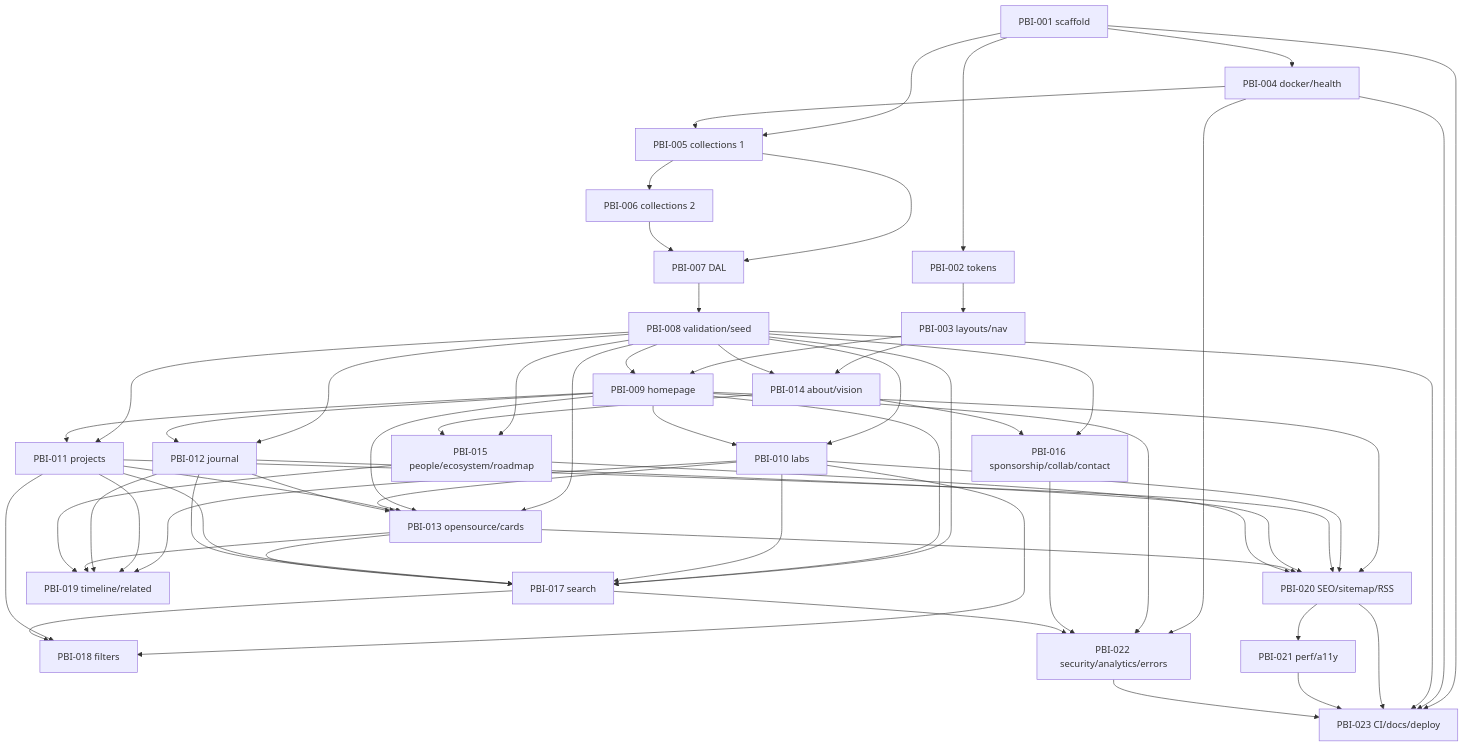
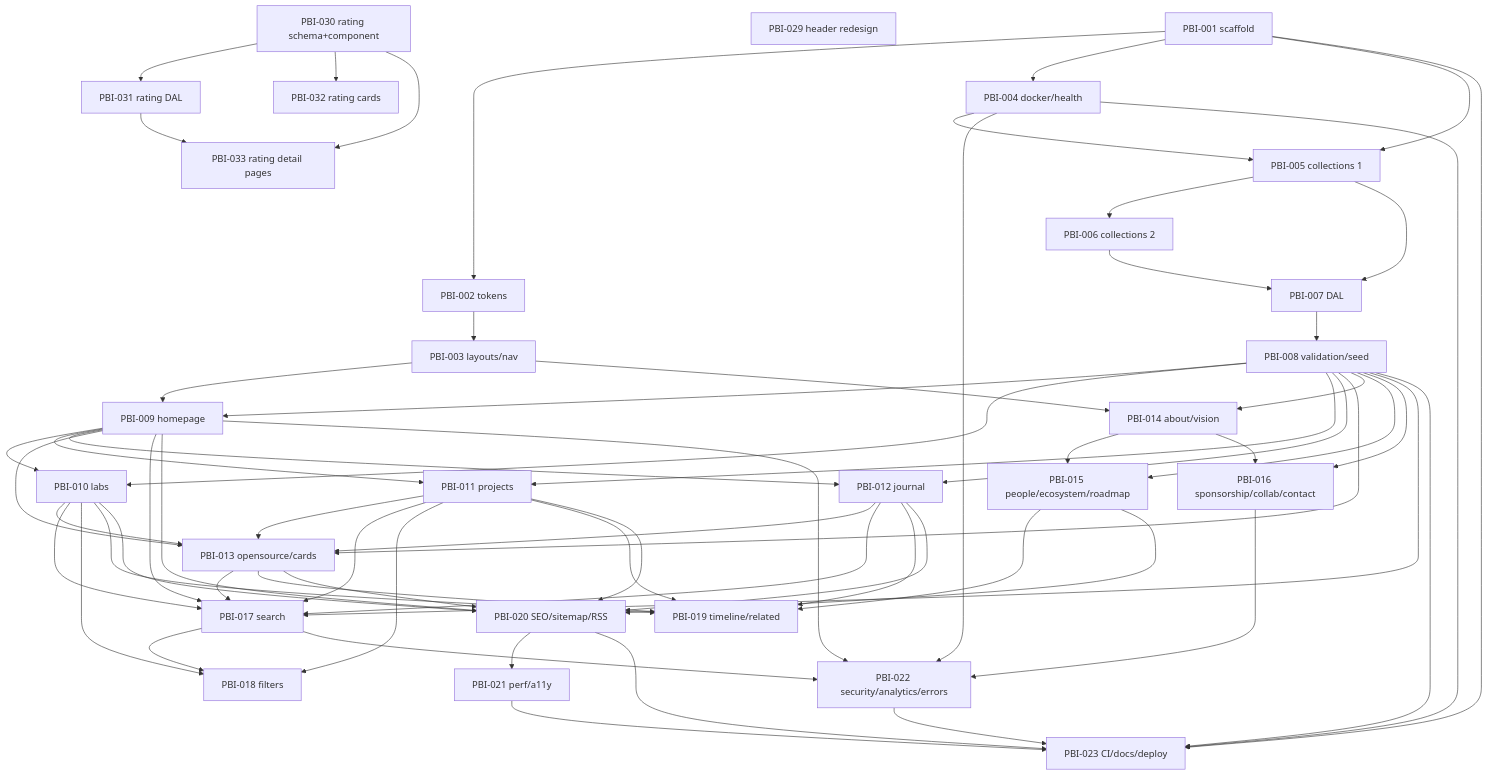
Before and after one commit to KCB-Labs/labs.kcb.ma: the diagram in plans/README.md, drawn with Mermaid. The commit also changed other lines of this file and 10 other files, not shown here.

Commit message:
PBI-029 + PBI-030: Header redesign (desktop nav + mobile hierarchical menu) + Entity rating (schema fields + RatingDots component)

````diff
--- a/plans/README.md
+++ b/plans/README.md
@@ -111,62 +118,68 @@
 ```mermaid
 graph TD
   PBI001[PBI-001 scaffold] --> PBI002[PBI-002 tokens]
   PBI001 --> PBI004[PBI-004 docker/health]
   PBI002 --> PBI003[PBI-003 layouts/nav]
   PBI001 --> PBI005[PBI-005 collections 1]
   PBI004 --> PBI005
   PBI005 --> PBI006[PBI-006 collections 2]
   PBI005 --> PBI007[PBI-007 DAL]
   PBI006 --> PBI007
   PBI007 --> PBI008[PBI-008 validation/seed]
   PBI003 --> PBI009[PBI-009 homepage]
   PBI008 --> PBI009
   PBI008 --> PBI010[PBI-010 labs]
   PBI009 --> PBI010
   PBI008 --> PBI011[PBI-011 projects]
   PBI009 --> PBI011
   PBI008 --> PBI012[PBI-012 journal]
   PBI009 --> PBI012
   PBI008 --> PBI013[PBI-013 opensource/cards]
   PBI009 --> PBI013
   PBI010 --> PBI013
   PBI011 --> PBI013
   PBI012 --> PBI013
   PBI003 --> PBI014[PBI-014 about/vision]
   PBI008 --> PBI014
   PBI008 --> PBI015[PBI-015 people/ecosystem/roadmap]
   PBI014 --> PBI015
   PBI008 --> PBI016[PBI-016 sponsorship/collab/contact]
   PBI014 --> PBI016
   PBI008 --> PBI017[PBI-017 search]
   PBI009 --> PBI017
   PBI010 --> PBI017
   PBI011 --> PBI017
   PBI012 --> PBI017
   PBI013 --> PBI017
   PBI010 --> PBI018[PBI-018 filters]
   PBI011 --> PBI018
   PBI017 --> PBI018
   PBI010 --> PBI019[PBI-019 timeline/related]
   PBI011 --> PBI019
   PBI012 --> PBI019
   PBI013 --> PBI019
   PBI015 --> PBI019
   PBI009 --> PBI020[PBI-020 SEO/sitemap/RSS]
   PBI010 --> PBI020
   PBI011 --> PBI020
   PBI012 --> PBI020
   PBI013 --> PBI020
   PBI015 --> PBI020
   PBI020 --> PBI021[PBI-021 perf/a11y]
   PBI004 --> PBI022[PBI-022 security/analytics/errors]
   PBI009 --> PBI022
   PBI016 --> PBI022
   PBI017 --> PBI022
   PBI001 --> PBI023[PBI-023 CI/docs/deploy]
   PBI004 --> PBI023
   PBI008 --> PBI023
   PBI020 --> PBI023
   PBI021 --> PBI023
   PBI022 --> PBI023
+  PBI029[PBI-029 header redesign]
+  PBI030[PBI-030 rating schema+component]
+  PBI030 --> PBI031[PBI-031 rating DAL]
+  PBI030 --> PBI032[PBI-032 rating cards]
+  PBI030 --> PBI033[PBI-033 rating detail pages]
+  PBI031 --> PBI033
 ```
````
